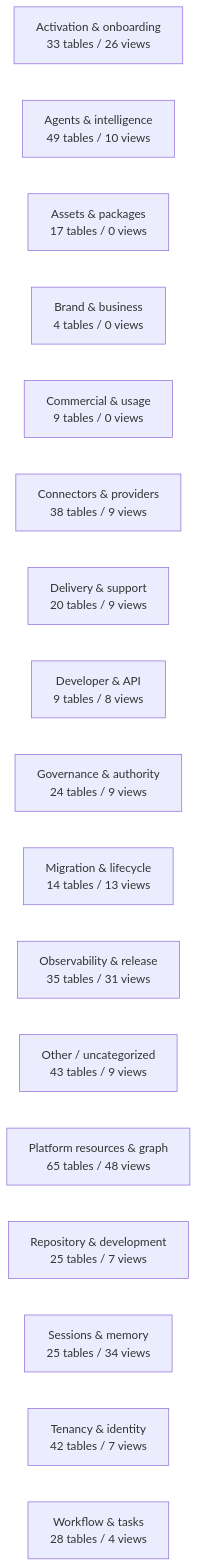
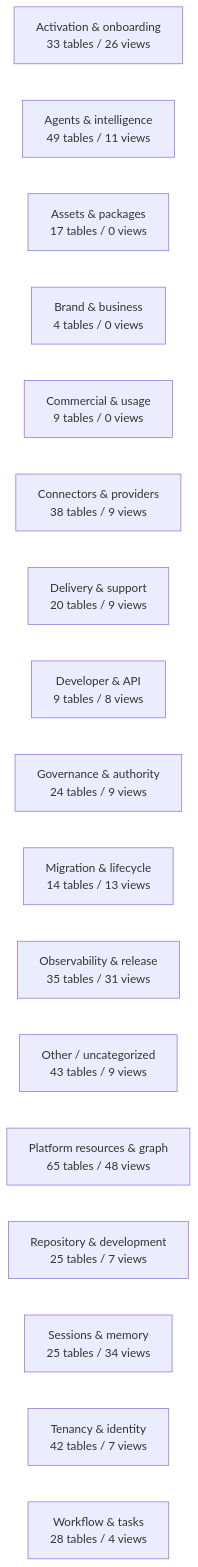
One commit to mad4bdigital-ai/multi-business-multi-role-growth-intelligence-os changed the diagram in docs/work-maps/data-model-domain-map.md. Above: the diagram before and after it, drawn with Mermaid. The commit also changed other lines of this file and 5 other files, not shown here.

````diff
--- a/docs/work-maps/data-model-domain-map.md
+++ b/docs/work-maps/data-model-domain-map.md
@@ -9,20 +9,20 @@
 ```mermaid
 flowchart LR
   n_Activation___onboarding["Activation & onboarding<br/>33 tables / 26 views"]
-  n_Agents___intelligence["Agents & intelligence<br/>49 tables / 10 views"]
+  n_Agents___intelligence["Agents & intelligence<br/>49 tables / 11 views"]
   n_Assets___packages["Assets & packages<br/>17 tables / 0 views"]
   n_Brand___business["Brand & business<br/>4 tables / 0 views"]
   n_Commercial___usage["Commercial & usage<br/>9 tables / 0 views"]
   n_Connectors___providers["Connectors & providers<br/>38 tables / 9 views"]
   n_Delivery___support["Delivery & support<br/>20 tables / 9 views"]
   n_Developer___API["Developer & API<br/>9 tables / 8 views"]
   n_Governance___authority["Governance & authority<br/>24 tables / 9 views"]
   n_Migration___lifecycle["Migration & lifecycle<br/>14 tables / 13 views"]
   n_Observability___release["Observability & release<br/>35 tables / 31 views"]
   n_Other___uncategorized["Other / uncategorized<br/>43 tables / 9 views"]
   n_Platform_resources___graph["Platform resources & graph<br/>65 tables / 48 views"]
   n_Repository___development["Repository & development<br/>25 tables / 7 views"]
   n_Sessions___memory["Sessions & memory<br/>25 tables / 34 views"]
   n_Tenancy___identity["Tenancy & identity<br/>42 tables / 7 views"]
   n_Workflow___tasks["Workflow & tasks<br/>28 tables / 4 views"]
 ```
````
